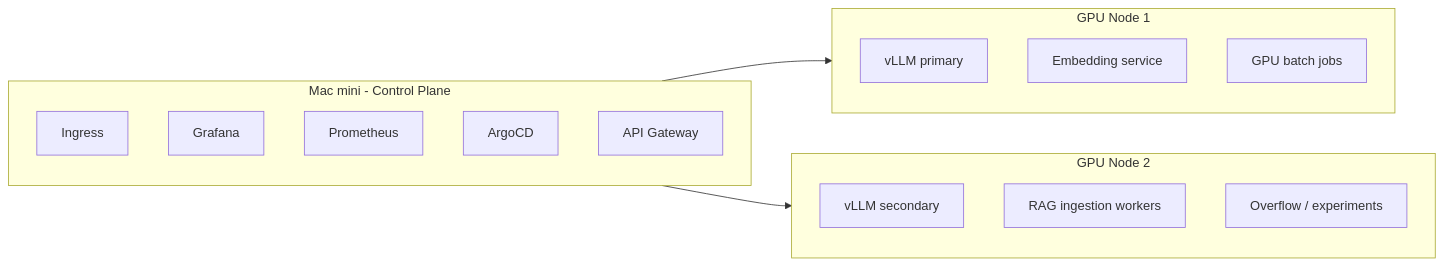
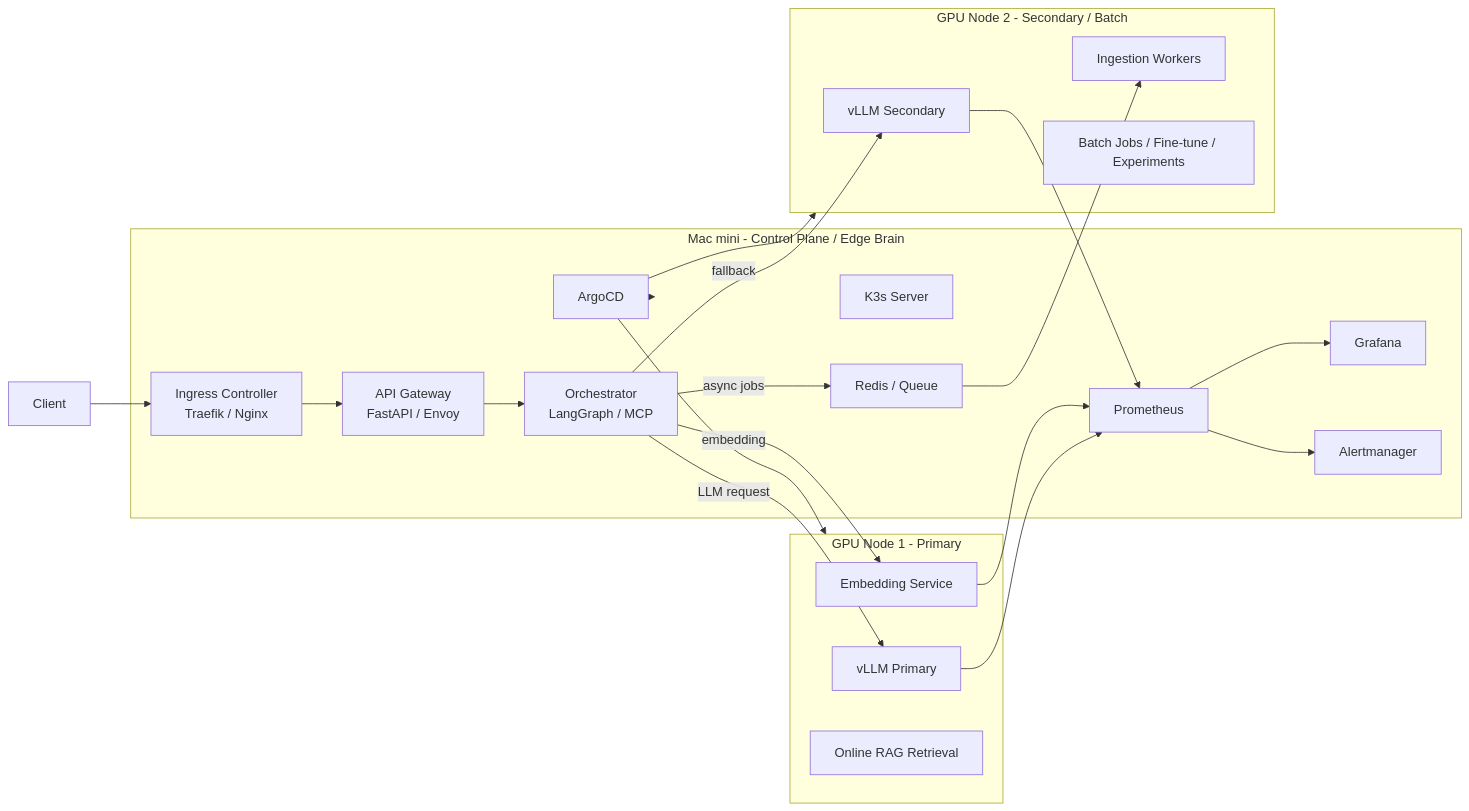
Before and after one commit to taixingbi/chat-bot-docs: the fifth of 5 diagrams in README.md, drawn with Mermaid.

Commit message:
Update flowchart in README for control and GPU nodes

````diff
--- a/README.md
+++ b/README.md
@@ -90,27 +90,66 @@
 ```mermaid
 flowchart LR
 
-subgraph A[Mac mini - Control Plane]
-A1[Ingress]
-A2[Grafana]
-A3[Prometheus]
+%% =========================
+%% Control Plane
+%% =========================
+subgraph A[Mac mini - Control Plane / Edge Brain]
+A0[K3s Server]
+
+A1[Ingress Controller<br/>Traefik / Nginx]
+A5[API Gateway<br/>FastAPI / Envoy]
+
+A6[Orchestrator<br/>LangGraph / MCP]
+
+A2[Prometheus]
+A3[Grafana]
+A7[Alertmanager]
+
 A4[ArgoCD]
-A5[API Gateway]
+
+A8[Redis / Queue]
 end
 
-subgraph B[GPU Node 1]
-B1[vLLM primary]
-B2[Embedding service]
-B3[GPU batch jobs]
+%% =========================
+%% GPU Node 1 (Primary)
+%% =========================
+subgraph B[GPU Node 1 - Primary]
+B1[vLLM Primary]
+B2[Embedding Service]
+B3[Online RAG Retrieval]
 end
 
-subgraph C[GPU Node 2]
-C1[vLLM secondary]
-C2[RAG ingestion workers]
-C3[Overflow / experiments]
+%% =========================
+%% GPU Node 2 (Secondary)
+%% =========================
+subgraph C[GPU Node 2 - Secondary / Batch]
+C1[vLLM Secondary]
+C2[Ingestion Workers]
+C3[Batch Jobs / Fine-tune / Experiments]
 end
 
-A --> B
-A --> C
+%% =========================
+%% Flow
+%% =========================
+Client --> A1 --> A5 --> A6
+
+A6 -->|LLM request| B1
+A6 -->|fallback| C1
+
+A6 -->|embedding| B2
+
+A6 -->|async jobs| A8
+A8 --> C2
+
+B1 --> A2
+C1 --> A2
+B2 --> A2
+
+A2 --> A3
+A2 --> A7
+
+A4 --> A
+A4 --> B
+A4 --> C
 
 ```
````
